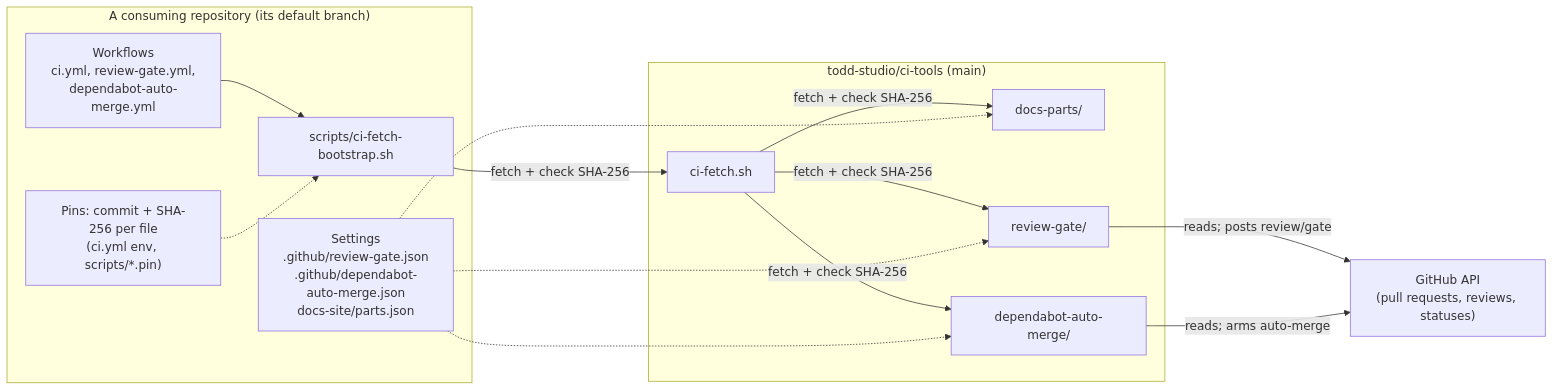
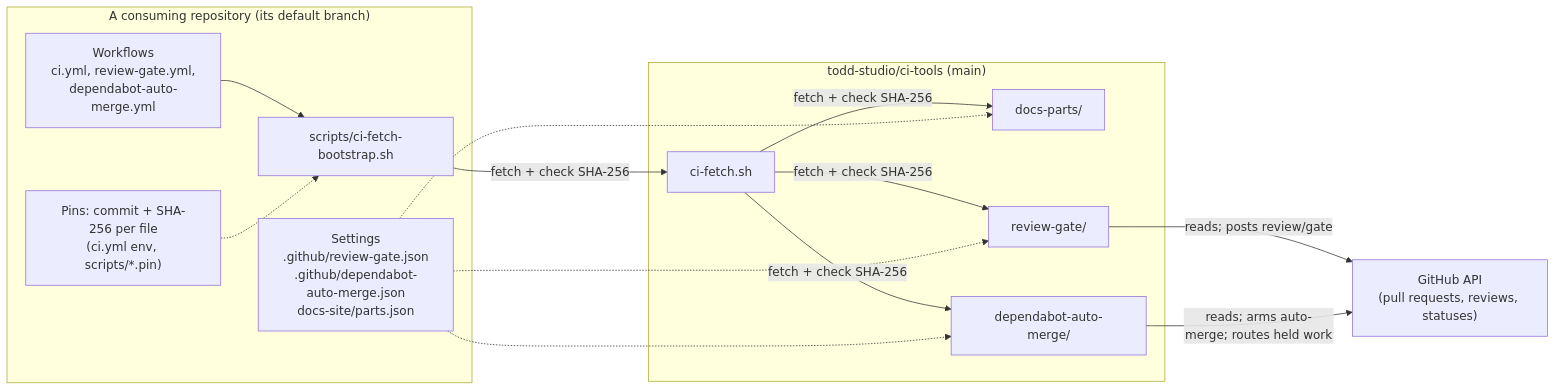
One commit to todd-studio/ci-tools changed the diagram in ARCHITECTURE.md. Above: the diagram before and after it, drawn with Mermaid. The commit also changed other lines of this file and 9 other files, not shown here.

````diff
--- a/ARCHITECTURE.md
+++ b/ARCHITECTURE.md
@@ -14,28 +14,28 @@
 ```mermaid
 flowchart LR
   subgraph consumer["A consuming repository (its default branch)"]
     pins["Pins: commit + SHA-256 per file<br/>(ci.yml env, scripts/*.pin)"]
     boot["scripts/ci-fetch-bootstrap.sh"]
     settings["Settings<br/>.github/review-gate.json<br/>.github/dependabot-auto-merge.json<br/>docs-site/parts.json"]
     wf["Workflows<br/>ci.yml, review-gate.yml,<br/>dependabot-auto-merge.yml"]
   end
   subgraph citools["todd-studio/ci-tools (main)"]
     fetch["ci-fetch.sh"]
     docs["docs-parts/"]
     gate["review-gate/"]
     dab["dependabot-auto-merge/"]
   end
   gh["GitHub API<br/>(pull requests, reviews, statuses)"]
 
   wf --> boot
   boot -- "fetch + check SHA-256" --> fetch
   fetch -- "fetch + check SHA-256" --> docs
   fetch -- "fetch + check SHA-256" --> gate
   fetch -- "fetch + check SHA-256" --> dab
   pins -.-> boot
   settings -.-> docs
   settings -.-> gate
   settings -.-> dab
   gate -- "reads; posts review/gate" --> gh
-  dab -- "reads; arms auto-merge" --> gh
+  dab -- "reads; arms auto-merge; routes held work" --> gh
 ```
````
